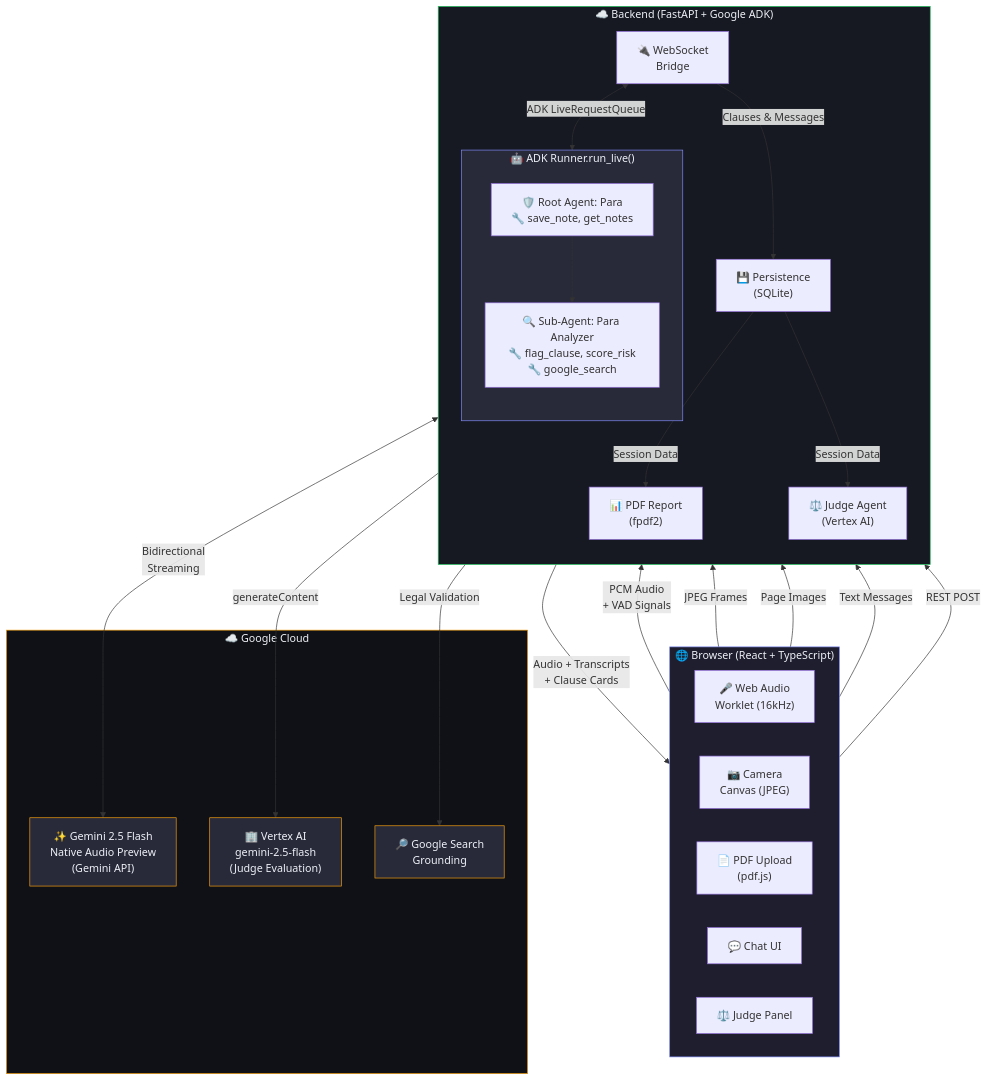
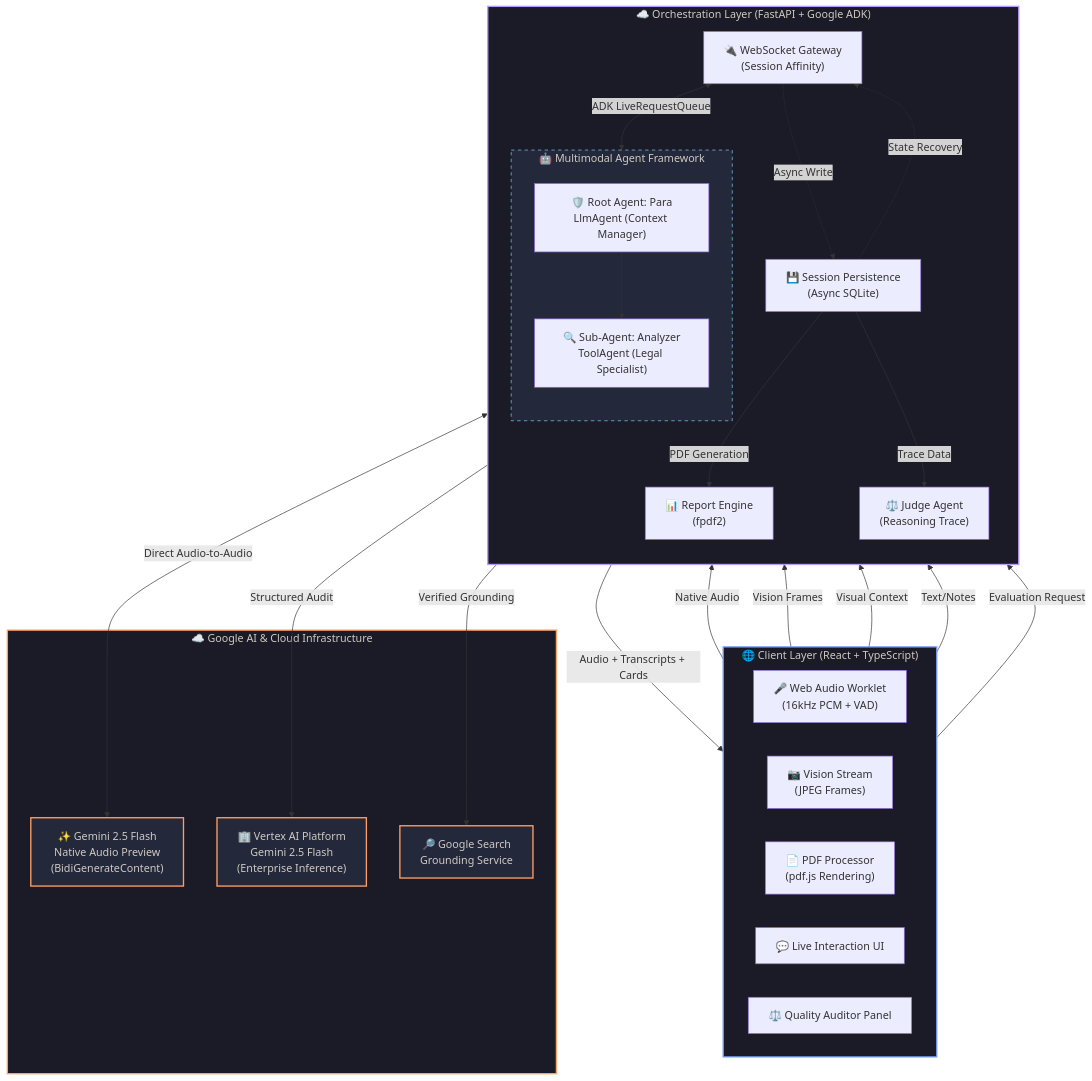
The diagram in README.md (vishwanathansubhashini-jpg/Contract_Paranoia), drawn with Mermaid before and after one commit.

Commit message:
Upgrade architecture diagram — professional labels and async flows

````diff
--- a/README.md
+++ b/README.md
@@ -40,59 +40,60 @@
 ```mermaid
 graph TB
-    subgraph Browser["🌐 Browser (React + TypeScript)"]
+    subgraph Browser["🌐 Client Layer (React + TypeScript)"]
         direction LR
-        MIC["🎤 Web Audio\nWorklet (16kHz)"]
-        CAM["📷 Camera\nCanvas (JPEG)"]
-        PDF["📄 PDF Upload\n(pdf.js)"]
-        CHAT["💬 Chat UI"]
-        JUDGE_UI["⚖️ Judge Panel"]
+        MIC["🎤 Web Audio Worklet\n(16kHz PCM + VAD)"]
+        CAM["📷 Vision Stream\n(JPEG Frames)"]
+        PDF["📄 PDF Processor\n(pdf.js Rendering)"]
+        CHAT["💬 Live Interaction UI"]
+        JUDGE_UI["⚖️ Quality Auditor Panel"]
     end
 
-    subgraph Backend["☁️ Backend (FastAPI + Google ADK)"]
+    subgraph Backend["☁️ Orchestration Layer (FastAPI + Google ADK)"]
         direction TB
-        WS["🔌 WebSocket\nBridge"]
+        WS["🔌 WebSocket Gateway\n(Session Affinity)"]
 
-        subgraph ADK["🤖 ADK Runner.run_live()"]
+        subgraph ADK["🤖 Multimodal Agent Framework"]
             direction TB
-            PARA["🛡️ Root Agent: Para\n🔧 save_note, get_notes"]
-            ANALYZER["🔍 Sub-Agent: Para Analyzer\n🔧 flag_clause, score_risk\n🔧 google_search"]
+            PARA["🛡️ Root Agent: Para\nLlmAgent (Context Manager)"]
+            ANALYZER["🔍 Sub-Agent: Analyzer\nToolAgent (Legal Specialist)"]
             PARA --> ANALYZER
         end
 
-        JUDGE["⚖️ Judge Agent\n(Vertex AI)"]
-        DB["💾 Persistence\n(SQLite)"]
-        PDF_SVC["📊 PDF Report\n(fpdf2)"]
+        JUDGE["⚖️ Judge Agent\n(Reasoning Trace)"]
+        DB["💾 Session Persistence\n(Async SQLite)"]
+        PDF_SVC["📊 Report Engine\n(fpdf2)"]
     end
 
-    subgraph Google["☁️ Google Cloud"]
-        GEMINI["✨ Gemini 2.5 Flash\nNative Audio Preview\n(Gemini API)"]
-        VERTEX["🏢 Vertex AI\ngemini-2.5-flash\n(Judge Evaluation)"]
-        SEARCH["🔎 Google Search\nGrounding"]
+    subgraph Google["☁️ Google AI & Cloud Infrastructure"]
+        GEMINI["✨ Gemini 2.5 Flash\nNative Audio Preview\n(BidiGenerateContent)"]
+        VERTEX["🏢 Vertex AI Platform\nGemini 2.5 Flash\n(Enterprise Inference)"]
+        SEARCH["🔎 Google Search\nGrounding Service"]
     end
 
-    MIC -->|"PCM Audio\n+ VAD Signals"| WS
-    CAM -->|"JPEG Frames"| WS
-    PDF -->|"Page Images"| WS
-    CHAT -->|"Text Messages"| WS
+    MIC -->|"Native Audio"| WS
+    CAM -->|"Vision Frames"| WS
+    PDF -->|"Visual Context"| WS
+    CHAT -->|"Text/Notes"| WS
 
     WS <-->|"ADK LiveRequestQueue"| ADK
-    ADK <-->|"Bidirectional\nStreaming"| GEMINI
-    ANALYZER -->|"Legal Validation"| SEARCH
+    ADK <-->|"Direct Audio-to-Audio"| GEMINI
+    ANALYZER -->|"Verified Grounding"| SEARCH
 
-    JUDGE_UI -->|"REST POST"| JUDGE
-    JUDGE -->|"generateContent"| VERTEX
+    JUDGE_UI -->|"Evaluation Request"| JUDGE
+    JUDGE -->|"Structured Audit"| VERTEX
 
-    WS -->|"Clauses & Messages"| DB
-    DB -->|"Session Data"| PDF_SVC
-    DB -->|"Session Data"| JUDGE
+    WS -.->|"Async Write"| DB
+    DB -.->|"State Recovery"| WS
+    DB -->|"PDF Generation"| PDF_SVC
+    DB -->|"Trace Data"| JUDGE
 
-    WS -->|"Audio + Transcripts\n+ Clause Cards"| Browser
+    WS -->|"Audio + Transcripts + Cards"| Browser
 
-    style Browser fill:#1e1e2e,stroke:#818cf8,color:#eef0f6
-    style Backend fill:#161822,stroke:#22c55e,color:#eef0f6
-    style Google fill:#0f1117,stroke:#f59e0b,color:#eef0f6
-    style ADK fill:#282a3a,stroke:#818cf8,color:#eef0f6
-    style GEMINI fill:#282a3a,stroke:#f59e0b,color:#eef0f6
-    style VERTEX fill:#282a3a,stroke:#f59e0b,color:#eef0f6
-    style SEARCH fill:#282a3a,stroke:#f59e0b,color:#eef0f6
+    style Browser fill:#1a1b26,stroke:#7aa2f7,stroke-width:2px,color:#cfc9c2
+    style Backend fill:#1a1b26,stroke:#bb9af7,stroke-width:2px,color:#cfc9c2
+    style Google fill:#1a1b26,stroke:#ff9e64,stroke-width:2px,color:#cfc9c2
+    style ADK fill:#24283b,stroke:#7dcfff,stroke-dasharray: 5 5,color:#cfc9c2
+    style GEMINI fill:#24283b,stroke:#ff9e64,stroke-width:2px,color:#cfc9c2
+    style VERTEX fill:#24283b,stroke:#ff9e64,stroke-width:2px,color:#cfc9c2
+    style SEARCH fill:#24283b,stroke:#ff9e64,stroke-width:2px,color:#cfc9c2
 ```
````
